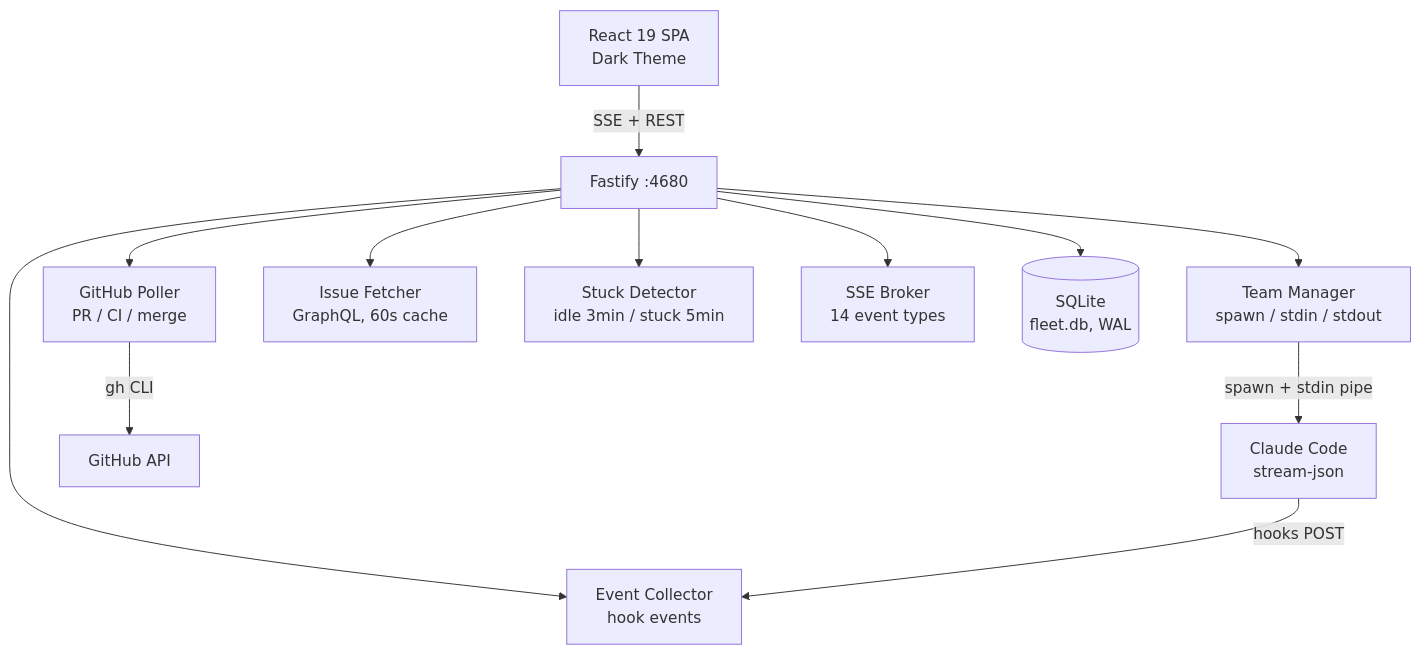
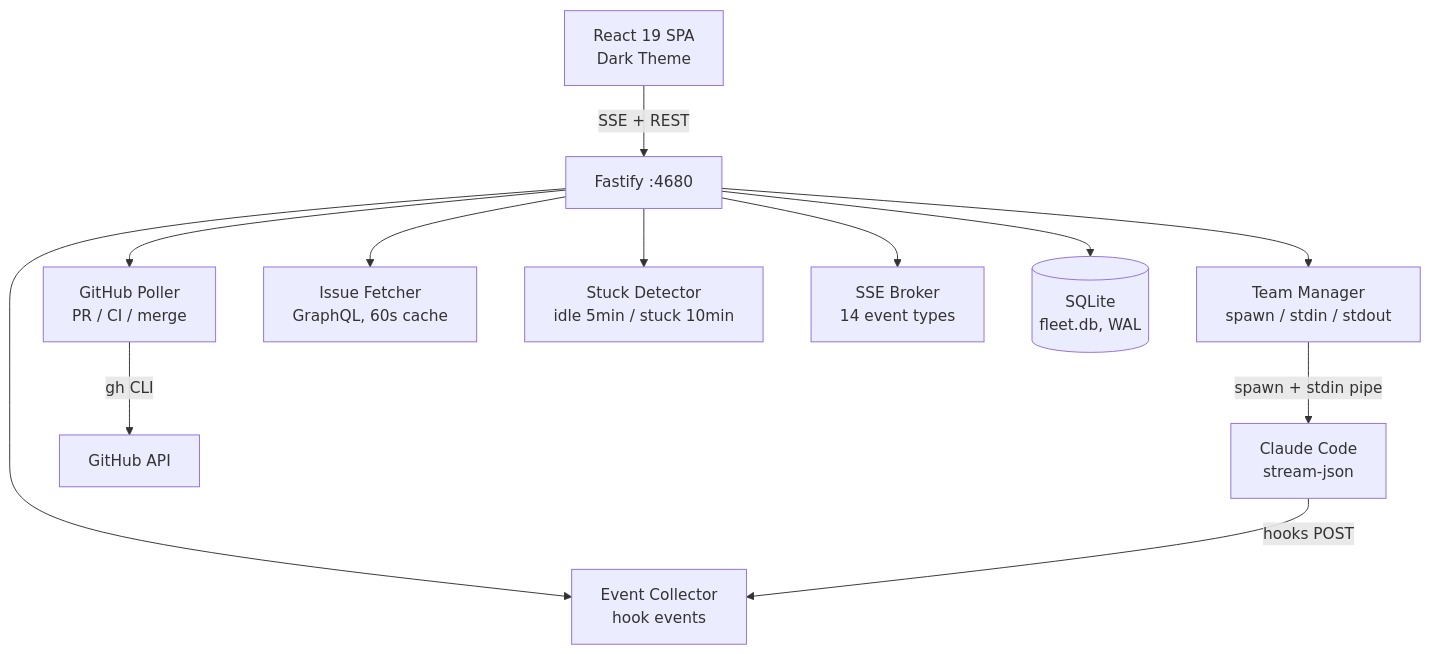
The first of 2 diagrams in README.md (hubertciebiada/fleet-commander), drawn with Mermaid before and after one commit. The commit also changed other lines of this file and 29 other files, not shown here.

````diff
--- a/README.md
+++ b/README.md
@@ -117,14 +117,14 @@
 ```mermaid
 graph TB
   Browser["React 19 SPA<br/>Dark Theme"] -->|"SSE + REST"| Server["Fastify :4680"]
   Server --> TeamMgr["Team Manager<br/>spawn / stdin / stdout"]
   Server --> EventCol["Event Collector<br/>hook events"]
   Server --> GitPoller["GitHub Poller<br/>PR / CI / merge"]
   Server --> IssueFetch["Issue Fetcher<br/>GraphQL, 60s cache"]
-  Server --> StuckDet["Stuck Detector<br/>idle 3min / stuck 5min"]
+  Server --> StuckDet["Stuck Detector<br/>idle 5min / stuck 10min"]
   Server --> SSE["SSE Broker<br/>14 event types"]
   Server --> DB[("SQLite<br/>fleet.db, WAL")]
   TeamMgr -->|"spawn + stdin pipe"| CC["Claude Code<br/>stream-json"]
   CC -->|"hooks POST"| EventCol
   GitPoller -->|"gh CLI"| GitHub["GitHub API"]
 ```
````
